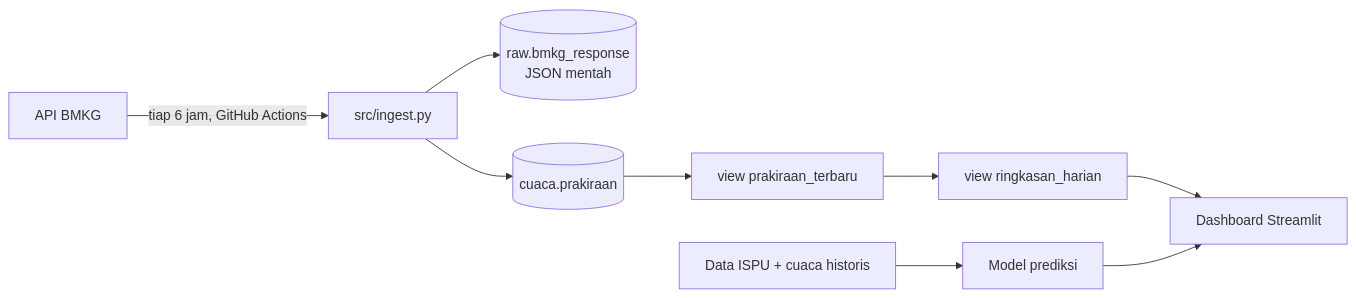
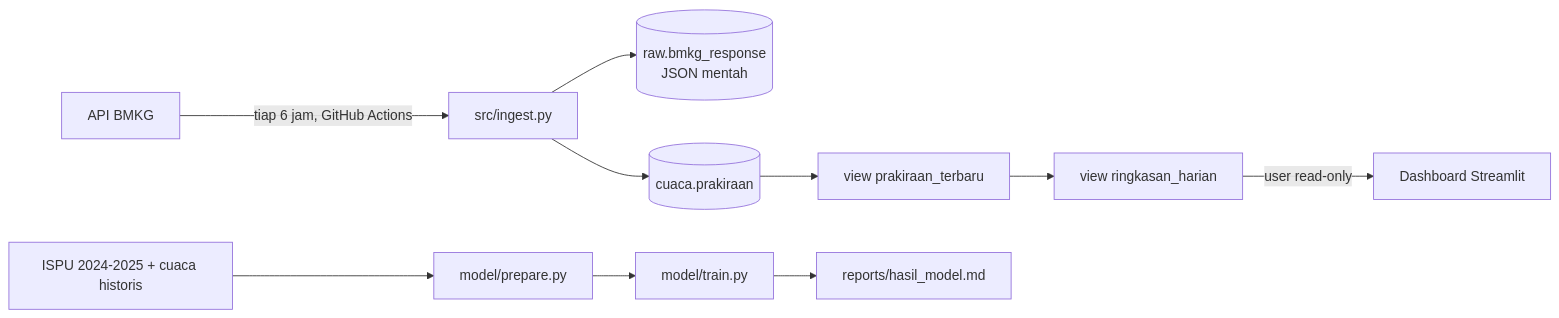
The diagram in README.md (nepptun33/cuaca-udara-jakarta), drawn with Mermaid before and after one commit. The commit also changed other lines of this file and 9 other files, not shown here.

Commit message:
Tahap 3: model prediksi ISPU tidak sehat besok

````diff
--- a/README.md
+++ b/README.md
@@ -20,10 +22,10 @@
 ```mermaid
 flowchart LR
   A[API BMKG] -->|tiap 6 jam, GitHub Actions| B[src/ingest.py]
   B --> C[(raw.bmkg_response<br/>JSON mentah)]
   B --> D[(cuaca.prakiraan)]
   D --> E[view prakiraan_terbaru]
   E --> F[view ringkasan_harian]
-  F --> G[Dashboard Streamlit]
-  H[Data ISPU + cuaca historis] --> I[Model prediksi] --> G
+  F -->|user read-only| G[Dashboard Streamlit]
+  H[ISPU 2024-2025 + cuaca historis] --> I[model/prepare.py] --> J[model/train.py] --> K[reports/hasil_model.md]
 ```
````
